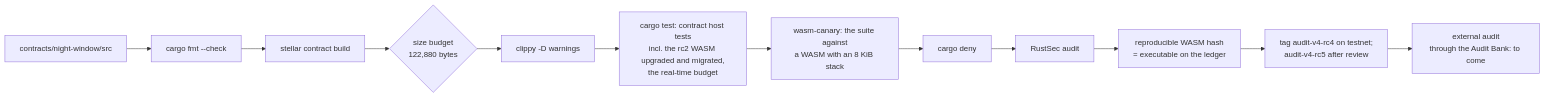
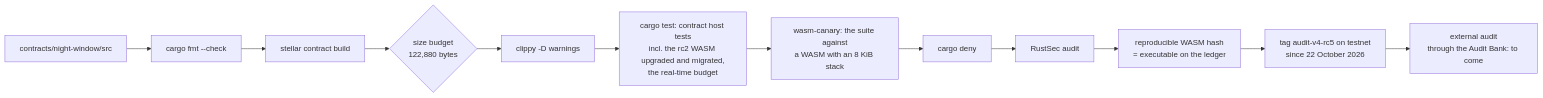
Diagram 11 of 11 in docs/architecture.md (EricLtx/hackmeridian-2026), drawn with Mermaid before and after one commit. The commit also changed other lines of this file and 4 other files, not shown here.

````diff
--- a/docs/architecture.md
+++ b/docs/architecture.md
@@ -299,14 +299,14 @@
 ```mermaid
 flowchart LR
   SRC[contracts/night-window/src] --> FMT[cargo fmt --check]
   FMT --> BLD[stellar contract build]
   BLD --> SZ{size budget<br/>122,880 bytes}
   SZ --> CL[clippy -D warnings]
   CL --> TST[cargo test: contract host tests<br/>incl. the rc2 WASM upgraded and migrated,<br/>the real-time budget]
   TST --> CAN[wasm-canary: the suite against<br/>a WASM with an 8 KiB stack]
   CAN --> DENY[cargo deny]
   DENY --> AUD[RustSec audit]
   AUD --> HASH[reproducible WASM hash<br/>= executable on the ledger]
-  HASH --> TAG[tag audit-v4-rc4 on testnet;<br/>audit-v4-rc5 after review]
+  HASH --> TAG[tag audit-v4-rc5 on testnet<br/>since 22 October 2026]
   TAG --> EXT[external audit<br/>through the Audit Bank: to come]
 ```
````
